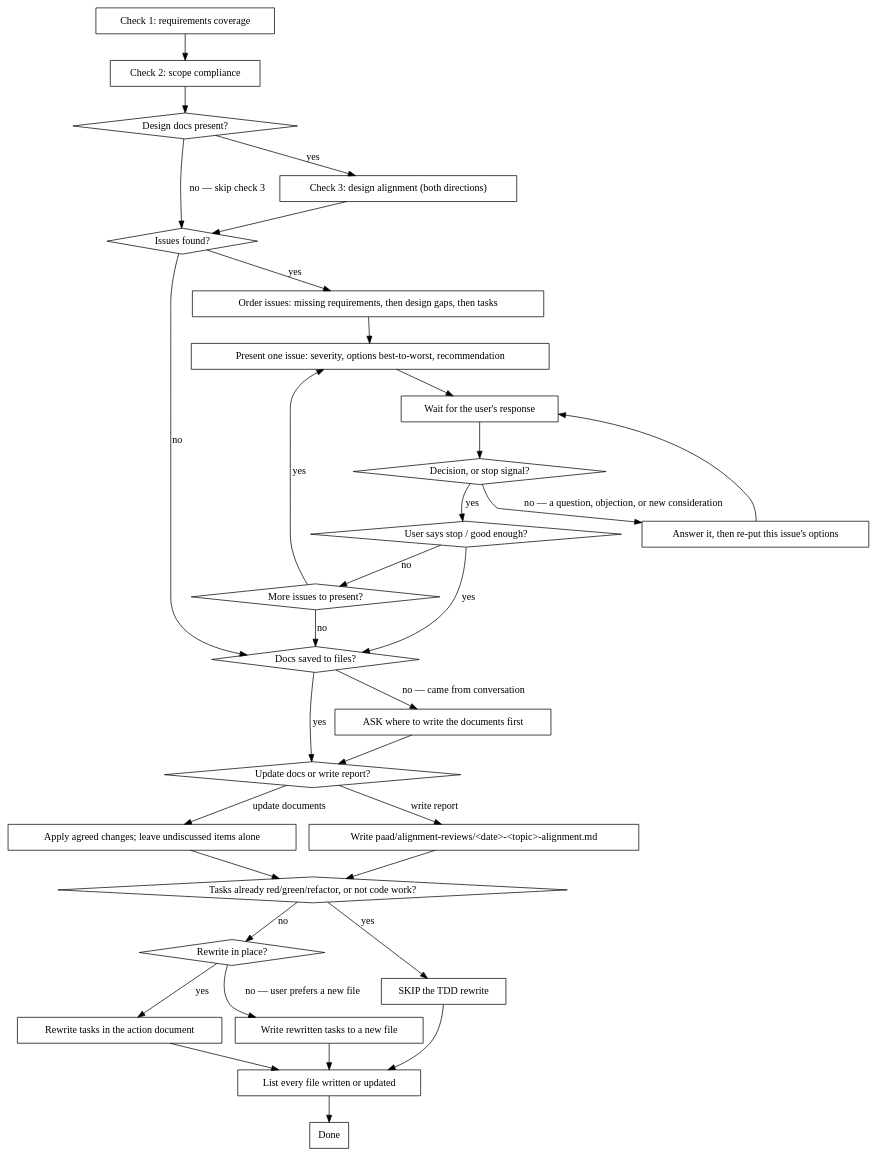
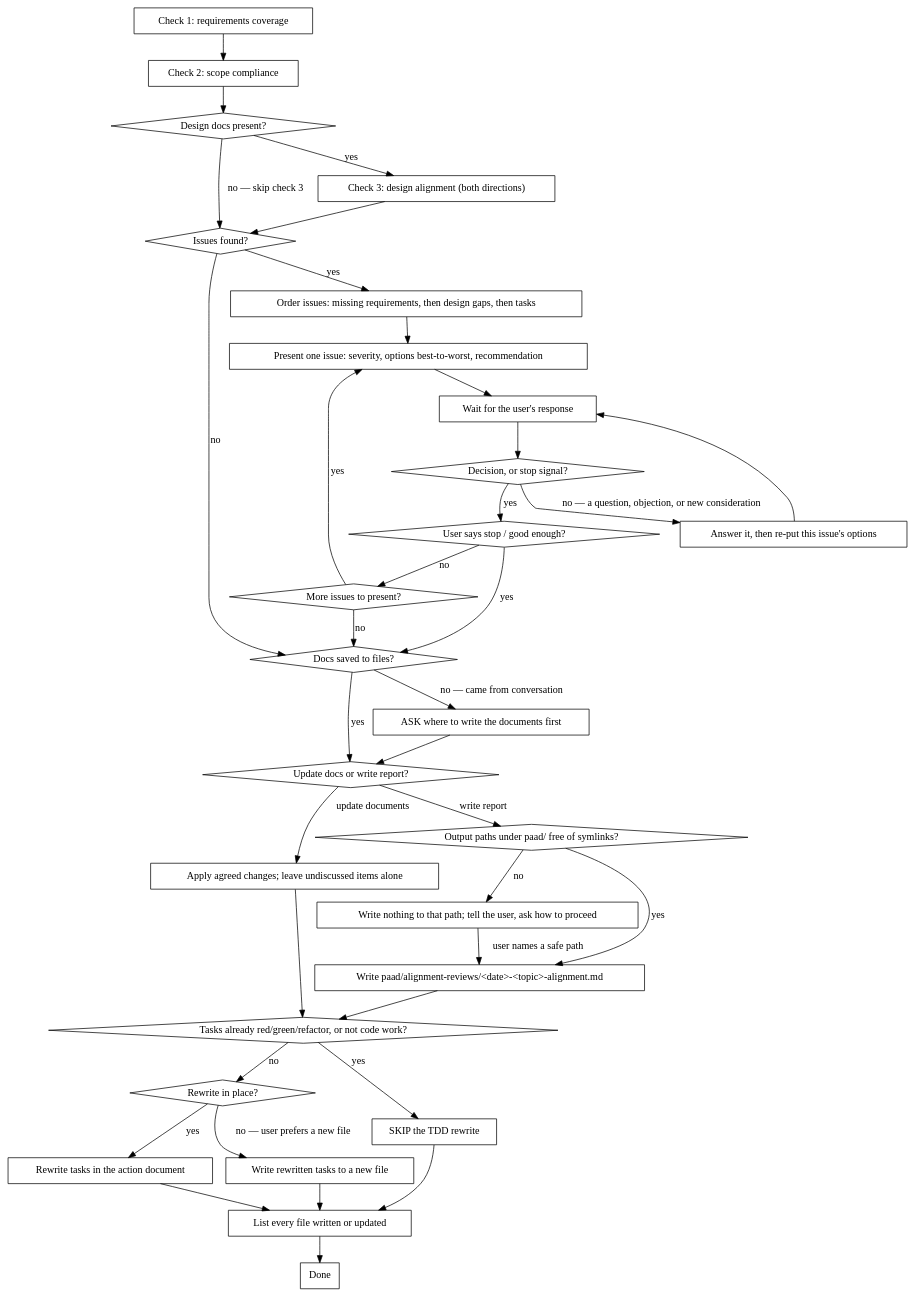
The second of 2 diagrams in preview/paad/skills/alignment/SKILL.md (Ovid/paad), drawn with Graphviz before and after one commit. The commit also changed other lines of this file and 12 other files, not shown here.

````diff
--- a/preview/paad/skills/alignment/SKILL.md
+++ b/preview/paad/skills/alignment/SKILL.md
@@ -62,65 +64,70 @@
 ```dot
 digraph analysis_and_resolution {
   "Design docs present?" [shape=diamond];
   "Issues found?" [shape=diamond];
   "User says stop / good enough?" [shape=diamond];
   "Decision, or stop signal?" [shape=diamond];
   "More issues to present?" [shape=diamond];
   "Update docs or write report?" [shape=diamond];
   "Docs saved to files?" [shape=diamond];
   "Tasks already red/green/refactor, or not code work?" [shape=diamond];
   "Rewrite in place?" [shape=diamond];
 
   "Check 1: requirements coverage" [shape=box];
   "Check 2: scope compliance" [shape=box];
   "Check 3: design alignment (both directions)" [shape=box];
   "Order issues: missing requirements, then design gaps, then tasks" [shape=box];
   "Present one issue: severity, options best-to-worst, recommendation" [shape=box];
   "Wait for the user's response" [shape=box];
   "Answer it, then re-put this issue's options" [shape=box];
   "Apply agreed changes; leave undiscussed items alone" [shape=box];
+  "Output paths under paad/ free of symlinks?" [shape=diamond];
+  "Write nothing to that path; tell the user, ask how to proceed" [shape=box];
   "Write paad/alignment-reviews/<date>-<topic>-alignment.md" [shape=box];
   "ASK where to write the documents first" [shape=box];
   "SKIP the TDD rewrite" [shape=box];
   "Rewrite tasks in the action document" [shape=box];
   "Write rewritten tasks to a new file" [shape=box];
   "List every file written or updated" [shape=box];
   "Done" [shape=box];
 
   "Check 1: requirements coverage" -> "Check 2: scope compliance";
   "Check 2: scope compliance" -> "Design docs present?";
   "Design docs present?" -> "Check 3: design alignment (both directions)" [label="yes"];
   "Design docs present?" -> "Issues found?" [label="no — skip check 3"];
   "Check 3: design alignment (both directions)" -> "Issues found?";
 
   "Issues found?" -> "Order issues: missing requirements, then design gaps, then tasks" [label="yes"];
   "Issues found?" -> "Docs saved to files?" [label="no"];
   "Order issues: missing requirements, then design gaps, then tasks" -> "Present one issue: severity, options best-to-worst, recommendation";
   "Present one issue: severity, options best-to-worst, recommendation" -> "Wait for the user's response";
   "Wait for the user's response" -> "Decision, or stop signal?";
   "Decision, or stop signal?" -> "Answer it, then re-put this issue's options" [label="no — a question, objection, or new consideration"];
   "Answer it, then re-put this issue's options" -> "Wait for the user's response";
   "Decision, or stop signal?" -> "User says stop / good enough?" [label="yes"];
   "User says stop / good enough?" -> "Docs saved to files?" [label="yes"];
   "User says stop / good enough?" -> "More issues to present?" [label="no"];
   "More issues to present?" -> "Present one issue: severity, options best-to-worst, recommendation" [label="yes"];
   "More issues to present?" -> "Docs saved to files?" [label="no"];
 
   "Docs saved to files?" -> "Update docs or write report?" [label="yes"];
   "Docs saved to files?" -> "ASK where to write the documents first" [label="no — came from conversation"];
   "ASK where to write the documents first" -> "Update docs or write report?";
   "Update docs or write report?" -> "Apply agreed changes; leave undiscussed items alone" [label="update documents"];
-  "Update docs or write report?" -> "Write paad/alignment-reviews/<date>-<topic>-alignment.md" [label="write report"];
+  "Update docs or write report?" -> "Output paths under paad/ free of symlinks?" [label="write report"];
   "Apply agreed changes; leave undiscussed items alone" -> "Tasks already red/green/refactor, or not code work?";
   "Write paad/alignment-reviews/<date>-<topic>-alignment.md" -> "Tasks already red/green/refactor, or not code work?";
 
   "Tasks already red/green/refactor, or not code work?" -> "SKIP the TDD rewrite" [label="yes"];
   "Tasks already red/green/refactor, or not code work?" -> "Rewrite in place?" [label="no"];
   "Rewrite in place?" -> "Rewrite tasks in the action document" [label="yes"];
   "Rewrite in place?" -> "Write rewritten tasks to a new file" [label="no — user prefers a new file"];
   "SKIP the TDD rewrite" -> "List every file written or updated";
   "Rewrite tasks in the action document" -> "List every file written or updated";
   "Write rewritten tasks to a new file" -> "List every file written or updated";
   "List every file written or updated" -> "Done";
+  "Output paths under paad/ free of symlinks?" -> "Write paad/alignment-reviews/<date>-<topic>-alignment.md" [label="yes"];
+  "Output paths under paad/ free of symlinks?" -> "Write nothing to that path; tell the user, ask how to proceed" [label="no"];
+  "Write nothing to that path; tell the user, ask how to proceed" -> "Write paad/alignment-reviews/<date>-<topic>-alignment.md" [label="user names a safe path"];
 }
 ```
````
